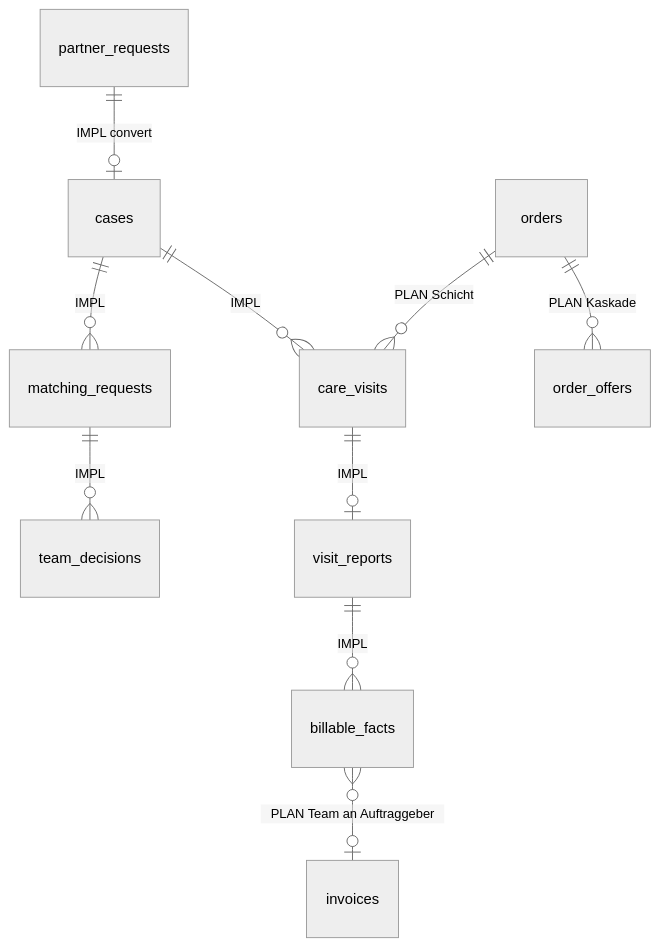
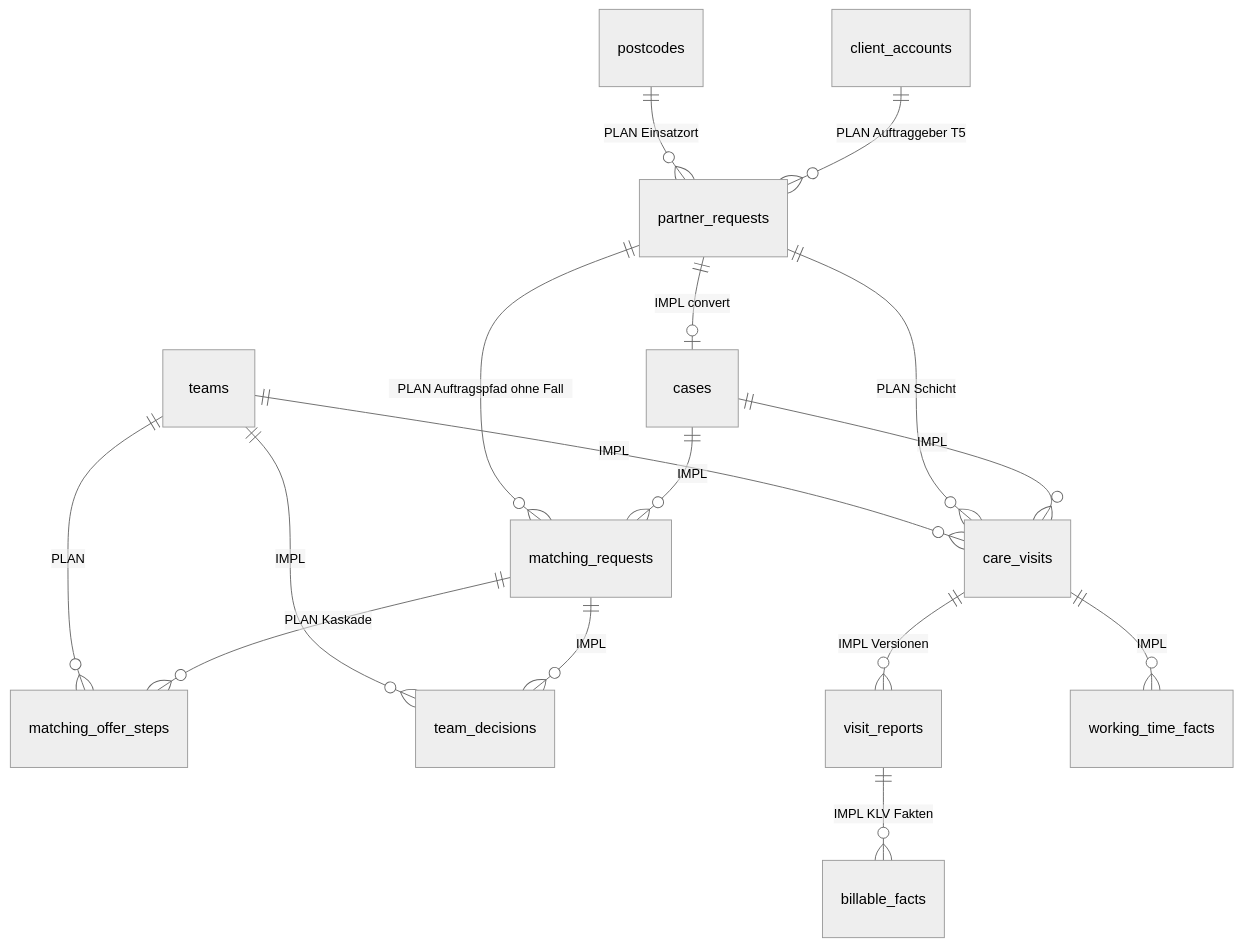
Before and after one commit to Ivica1984/navora-mvp: the third of 4 diagrams in docs/architecture/ARCHITECTURE_HANDBOOK_V2.md, drawn with Mermaid (neutral theme). The commit also changed other lines of this file and 28 other files, not shown here.

````diff
--- a/docs/architecture/ARCHITECTURE_HANDBOOK_V2.md
+++ b/docs/architecture/ARCHITECTURE_HANDBOOK_V2.md
@@ -274,12 +350,18 @@
 ```mermaid
 erDiagram
+  client_accounts ||--o{ partner_requests : "PLAN Auftraggeber T5"
+  postcodes ||--o{ partner_requests : "PLAN Einsatzort"
   partner_requests ||--o| cases : "IMPL convert"
   cases ||--o{ matching_requests : "IMPL"
+  partner_requests ||--o{ matching_requests : "PLAN Auftragspfad ohne Fall"
+  matching_requests ||--o{ matching_offer_steps : "PLAN Kaskade"
+  teams ||--o{ matching_offer_steps : "PLAN"
   matching_requests ||--o{ team_decisions : "IMPL"
+  teams ||--o{ team_decisions : "IMPL"
   cases ||--o{ care_visits : "IMPL"
-  orders ||--o{ order_offers : "PLAN Kaskade"
-  orders ||--o{ care_visits : "PLAN Schicht"
-  care_visits ||--o| visit_reports : "IMPL"
-  visit_reports ||--o{ billable_facts : "IMPL"
-  billable_facts }o--o| invoices : "PLAN Team an Auftraggeber"
+  partner_requests ||--o{ care_visits : "PLAN Schicht"
+  teams ||--o{ care_visits : "IMPL"
+  care_visits ||--o{ visit_reports : "IMPL Versionen"
+  care_visits ||--o{ working_time_facts : "IMPL"
+  visit_reports ||--o{ billable_facts : "IMPL KLV Fakten"
 ```
````
